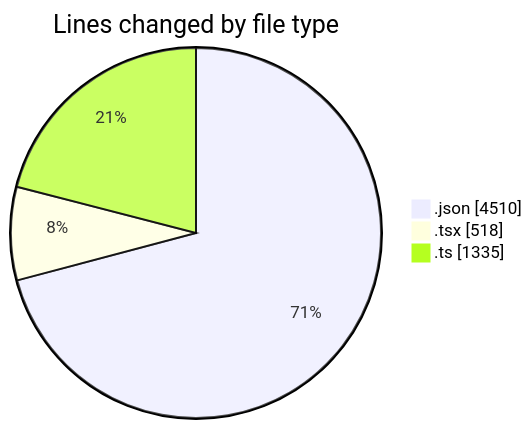
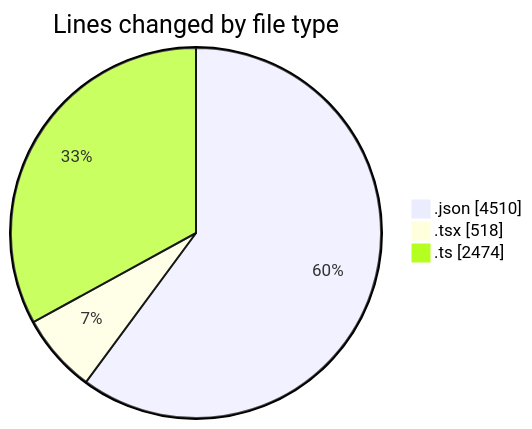
One commit to CELIANVF/code-tracking changed the first of 2 diagrams in 2025-05-05/ecodeli/README.md. Above: the diagram before and after it, drawn with Mermaid. The commit also changed other lines of this file and 1 other file, not shown here.

````diff
--- a/2025-05-05/ecodeli/README.md
+++ b/2025-05-05/ecodeli/README.md
@@ -27,7 +28,7 @@
 ```mermaid
 pie showData
 title Lines changed by file type
 ".json" : 4510
 ".tsx" : 518
-".ts" : 1335
+".ts" : 2474
 ```
````
